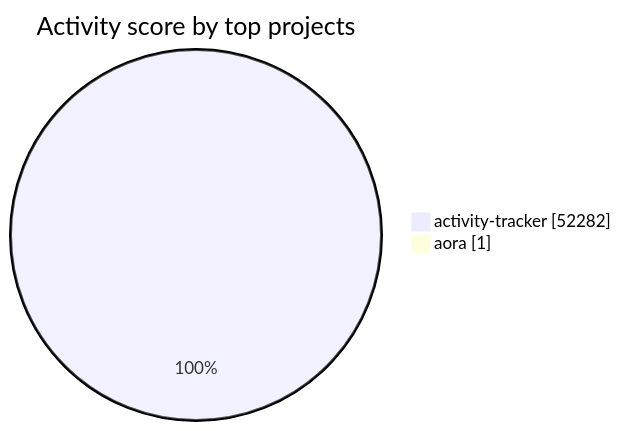
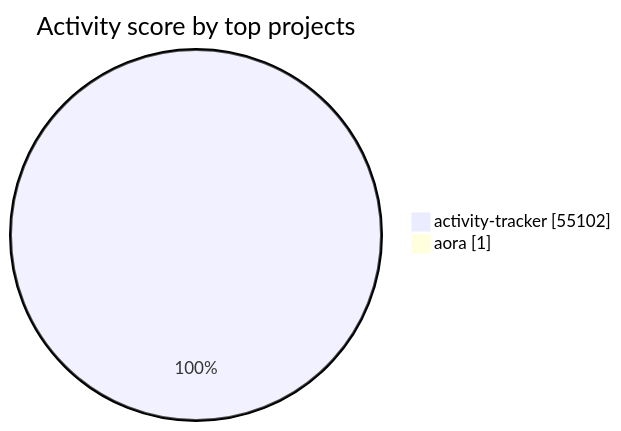
One commit to Sonkarrushikesh22/activity-tracker changed the diagram in visualizations/README.md. Above: the diagram before and after it, drawn with Mermaid. The commit also changed other lines of this file and 4 other files, not shown here.

````diff
--- a/visualizations/README.md
+++ b/visualizations/README.md
@@ -33,6 +33,6 @@
 ```mermaid
 pie showData
     title Activity score by top projects
-    "activity-tracker" : 52282
+    "activity-tracker" : 55102
     "aora" : 1
 ```
````
